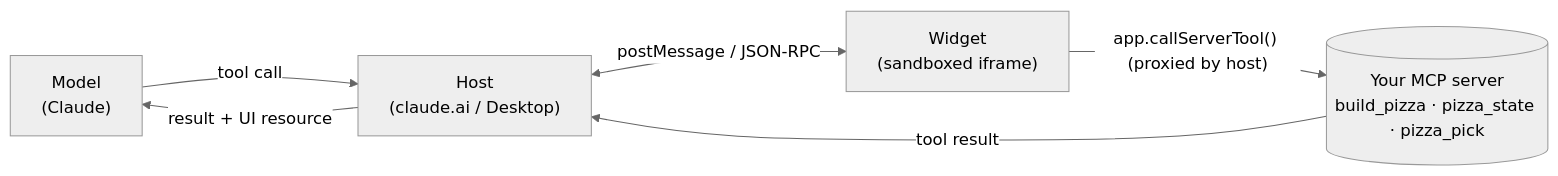
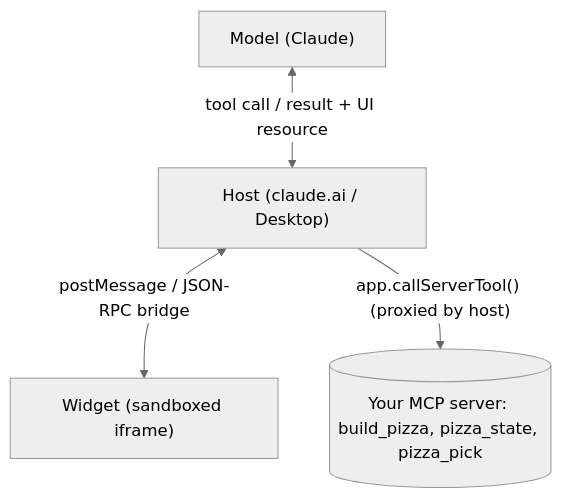
Before and after one commit to iamneilroberts/mcp-apps-interactive-ui: the diagram in README.md, drawn with Mermaid (neutral theme).

Commit message:
Vertical Mermaid layout so GitHub's zoom toolbar doesn't overlap the server node

````diff
--- a/README.md
+++ b/README.md
@@ -72,13 +72,11 @@
 ```mermaid
-flowchart LR
-    M["Model<br/>(Claude)"]
-    H["Host<br/>(claude.ai / Desktop)"]
-    W["Widget<br/>(sandboxed iframe)"]
-    S[("Your MCP server<br/>build_pizza · pizza_state · pizza_pick")]
+flowchart TB
+    M["Model (Claude)"]
+    H["Host (claude.ai / Desktop)"]
+    W["Widget (sandboxed iframe)"]
+    S[("Your MCP server: build_pizza, pizza_state, pizza_pick")]
 
-    M -- "tool call" --> H
-    H -- "result + UI resource" --> M
-    H <-- "postMessage / JSON-RPC" --> W
-    W -- "app.callServerTool() (proxied by host)" --> S
-    S -- "tool result" --> H
+    M <-->|"tool call / result + UI resource"| H
+    H <-->|"postMessage / JSON-RPC bridge"| W
+    H -->|"app.callServerTool() (proxied by host)"| S
 ```
````
